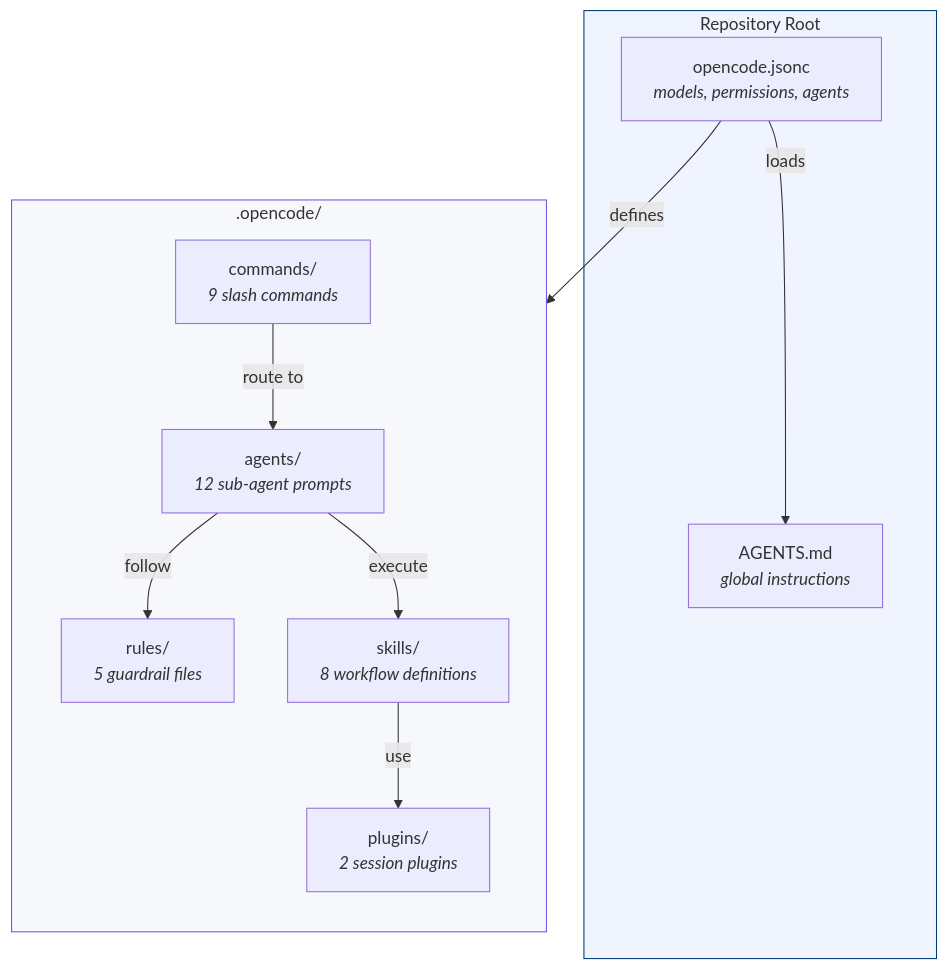
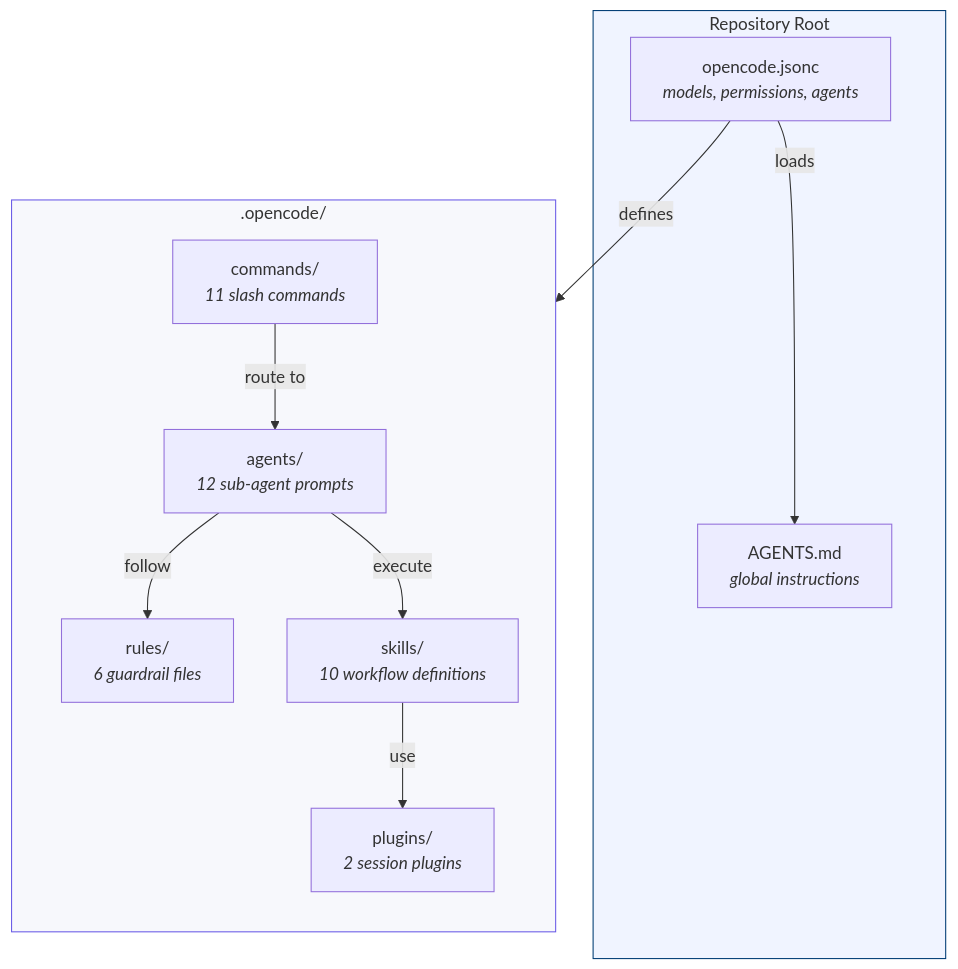
The first of 7 diagrams in docs/operations/opencode-configuration.md (mock-server/mockserver), drawn with Mermaid before and after one commit. The commit also changed other lines of this file and 5 other files, not shown here.

````diff
--- a/docs/operations/opencode-configuration.md
+++ b/docs/operations/opencode-configuration.md
@@ -11,26 +11,26 @@
 ```mermaid
 flowchart TB
     subgraph Root["Repository Root"]
         CONFIG["opencode.jsonc<br/><i>models, permissions, agents</i>"]
         AGENTS_MD["AGENTS.md<br/><i>global instructions</i>"]
     end
 
     subgraph Harness[".opencode/"]
         direction TB
         AG["agents/<br/><i>12 sub-agent prompts</i>"]
-        RU["rules/<br/><i>5 guardrail files</i>"]
-        SK["skills/<br/><i>8 workflow definitions</i>"]
-        CM["commands/<br/><i>9 slash commands</i>"]
+        RU["rules/<br/><i>6 guardrail files</i>"]
+        SK["skills/<br/><i>10 workflow definitions</i>"]
+        CM["commands/<br/><i>11 slash commands</i>"]
         PL["plugins/<br/><i>2 session plugins</i>"]
     end
 
     CONFIG -->|"loads"| AGENTS_MD
     CONFIG -->|"defines"| AG
     AG -->|"follow"| RU
     AG -->|"execute"| SK
     CM -->|"route to"| AG
     SK -->|"use"| PL
 
     style Root fill:#f0f4ff,stroke:#003d75
     style Harness fill:#f7f8fc,stroke:#6b5ce7
 ```
````
